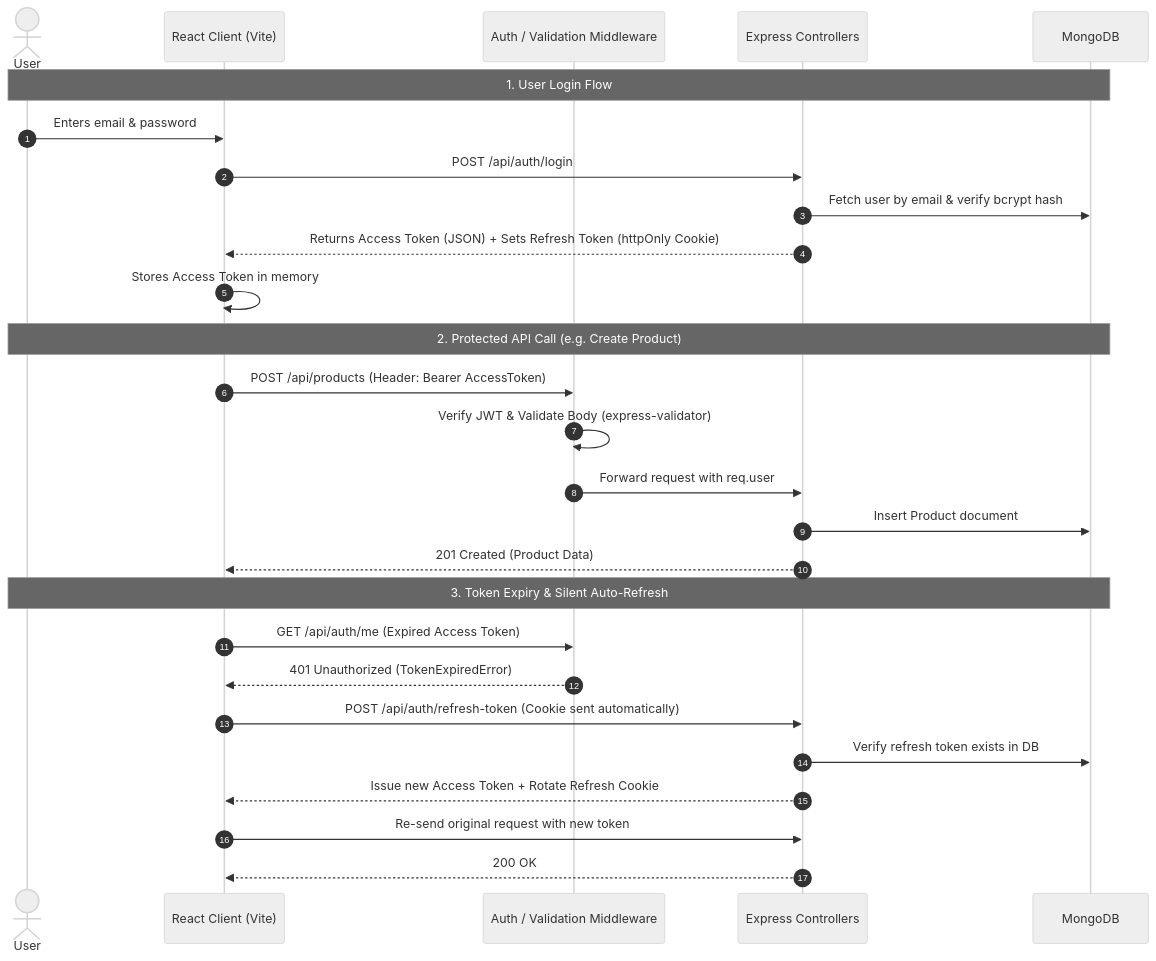
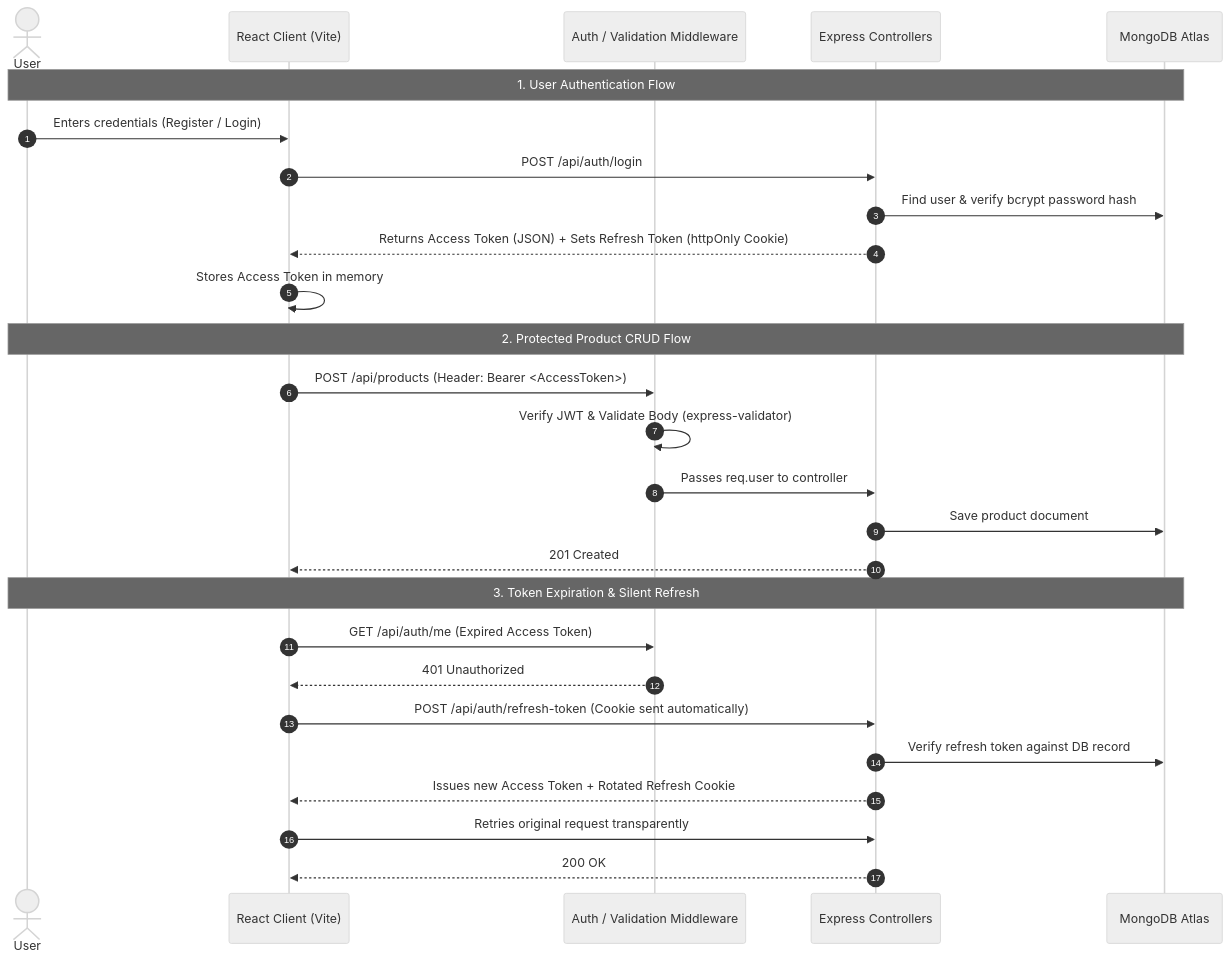
One commit to kafeelraza/sheryians-auth-product-crud changed the diagram in README.md. Above: the diagram before and after it, drawn with Mermaid (neutral theme). The commit also changed other lines of this file, not shown here.

````diff
--- a/README.md
+++ b/README.md
@@ -27,32 +31,32 @@
 ```mermaid
 sequenceDiagram
     autonumber
     actor User
     participant Frontend as React Client (Vite)
     participant Middleware as Auth / Validation Middleware
     participant Backend as Express Controllers
-    participant DB as MongoDB
+    participant DB as MongoDB Atlas
 
-    Note over User,DB: 1. User Login Flow
-    User->>Frontend: Enters email & password
+    Note over User,DB: 1. User Authentication Flow
+    User->>Frontend: Enters credentials (Register / Login)
     Frontend->>Backend: POST /api/auth/login
-    Backend->>DB: Fetch user by email & verify bcrypt hash
+    Backend->>DB: Find user & verify bcrypt password hash
     Backend-->>Frontend: Returns Access Token (JSON) + Sets Refresh Token (httpOnly Cookie)
     Frontend->>Frontend: Stores Access Token in memory
 
-    Note over User,DB: 2. Protected API Call (e.g. Create Product)
-    Frontend->>Middleware: POST /api/products (Header: Bearer AccessToken)
+    Note over User,DB: 2. Protected Product CRUD Flow
+    Frontend->>Middleware: POST /api/products (Header: Bearer <AccessToken>)
     Middleware->>Middleware: Verify JWT & Validate Body (express-validator)
-    Middleware->>Backend: Forward request with req.user
-    Backend->>DB: Insert Product document
-    Backend-->>Frontend: 201 Created (Product Data)
+    Middleware->>Backend: Passes req.user to controller
+    Backend->>DB: Save product document
+    Backend-->>Frontend: 201 Created
 
-    Note over User,DB: 3. Token Expiry & Silent Auto-Refresh
+    Note over User,DB: 3. Token Expiration & Silent Refresh
     Frontend->>Middleware: GET /api/auth/me (Expired Access Token)
-    Middleware-->>Frontend: 401 Unauthorized (TokenExpiredError)
+    Middleware-->>Frontend: 401 Unauthorized
     Frontend->>Backend: POST /api/auth/refresh-token (Cookie sent automatically)
-    Backend->>DB: Verify refresh token exists in DB
-    Backend-->>Frontend: Issue new Access Token + Rotate Refresh Cookie
-    Frontend->>Backend: Re-send original request with new token
+    Backend->>DB: Verify refresh token against DB record
+    Backend-->>Frontend: Issues new Access Token + Rotated Refresh Cookie
+    Frontend->>Backend: Retries original request transparently
     Backend-->>Frontend: 200 OK
 ```
````
